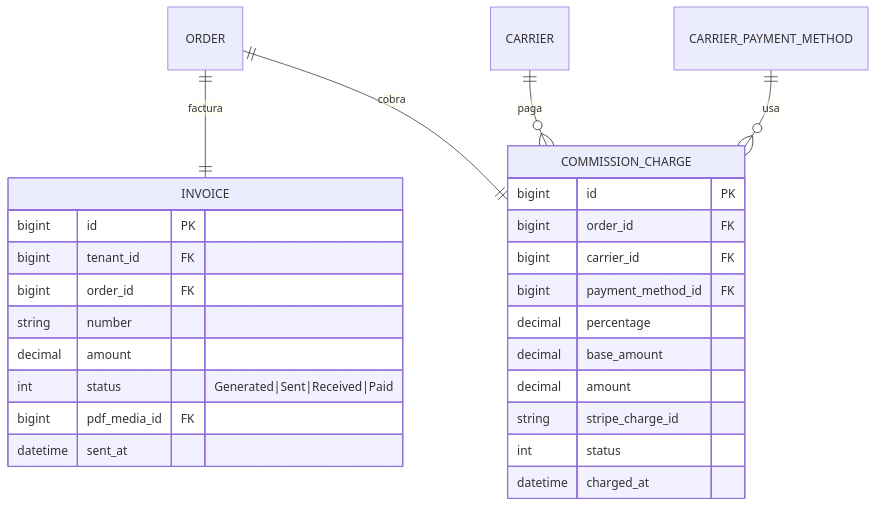
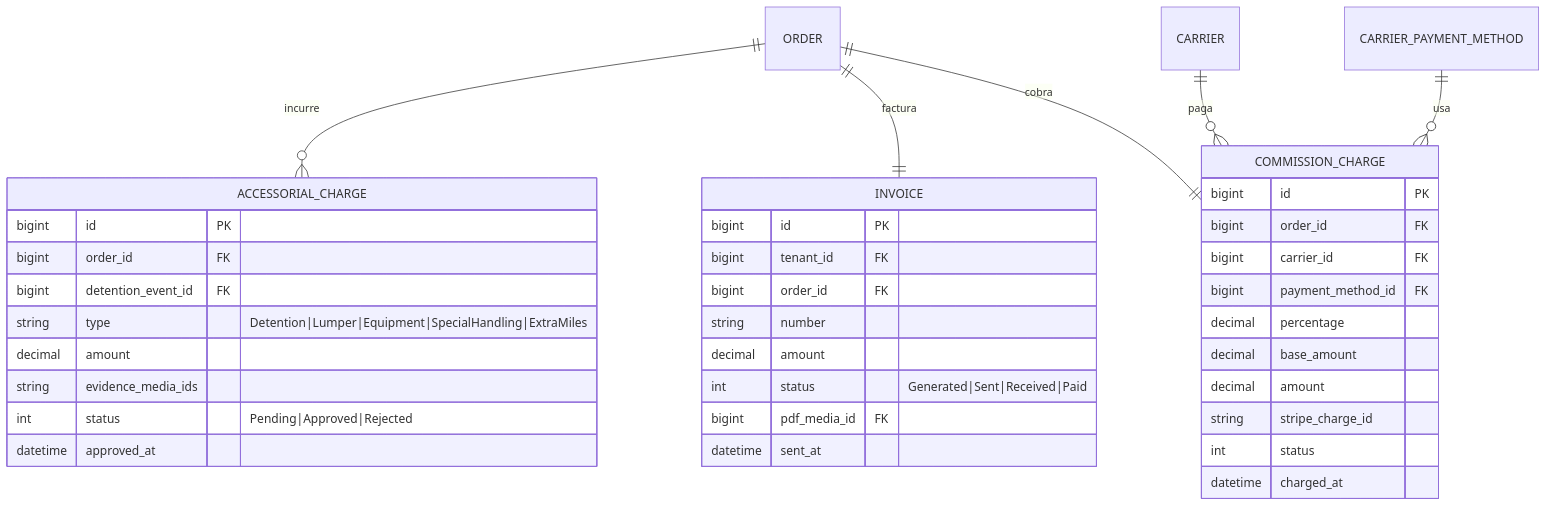
The fourth of 4 diagrams in data-model/data-model.md (linogarciavallejo/truckers-corner-docs), drawn with Mermaid before and after one commit. The commit also changed other lines of this file and 3 other files, not shown here.

````diff
--- a/data-model/data-model.md
+++ b/data-model/data-model.md
@@ -306,30 +320,41 @@
 ```mermaid
 erDiagram
+  ORDER ||--o{ ACCESSORIAL_CHARGE : "incurre"
   ORDER ||--|| INVOICE : "factura"
   ORDER ||--|| COMMISSION_CHARGE : "cobra"
   CARRIER ||--o{ COMMISSION_CHARGE : "paga"
   CARRIER_PAYMENT_METHOD ||--o{ COMMISSION_CHARGE : "usa"
 
+  ACCESSORIAL_CHARGE {
+    bigint id PK
+    bigint order_id FK
+    bigint detention_event_id FK
+    string type "Detention|Lumper|Equipment|SpecialHandling|ExtraMiles"
+    decimal amount
+    string evidence_media_ids
+    int status "Pending|Approved|Rejected"
+    datetime approved_at
+  }
   INVOICE {
     bigint id PK
     bigint tenant_id FK
     bigint order_id FK
     string number
     decimal amount
     int status "Generated|Sent|Received|Paid"
     bigint pdf_media_id FK
     datetime sent_at
   }
   COMMISSION_CHARGE {
     bigint id PK
     bigint order_id FK
     bigint carrier_id FK
     bigint payment_method_id FK
     decimal percentage
     decimal base_amount
     decimal amount
     string stripe_charge_id
     int status
     datetime charged_at
   }
 ```
````
